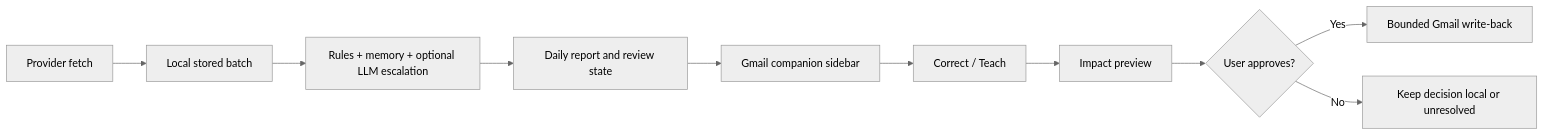
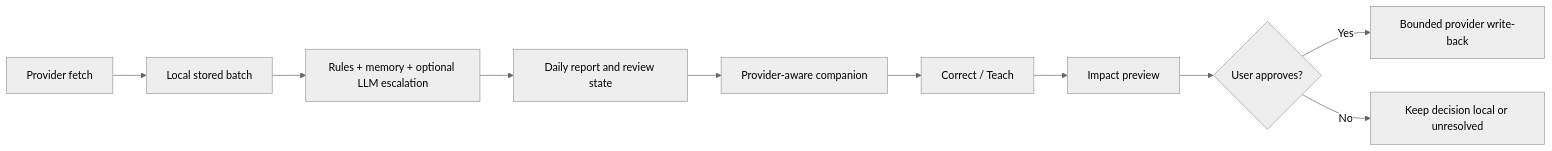
The diagram in README.md (czzzry/threadwise), drawn with Mermaid (neutral theme) before and after one commit. The commit also changed other lines of this file and 14 other files, not shown here.

````diff
--- a/README.md
+++ b/README.md
@@ -74,12 +73,12 @@
 ```mermaid
 flowchart LR
     A[Provider fetch] --> B[Local stored batch]
     B --> C[Rules + memory + optional LLM escalation]
     C --> D[Daily report and review state]
-    D --> E[Gmail companion sidebar]
+    D --> E[Provider-aware companion]
     E --> F[Correct / Teach]
     F --> G[Impact preview]
     G --> H{User approves?}
-    H -- Yes --> I[Bounded Gmail write-back]
+    H -- Yes --> I[Bounded provider write-back]
     H -- No --> J[Keep decision local or unresolved]
 ```
````
